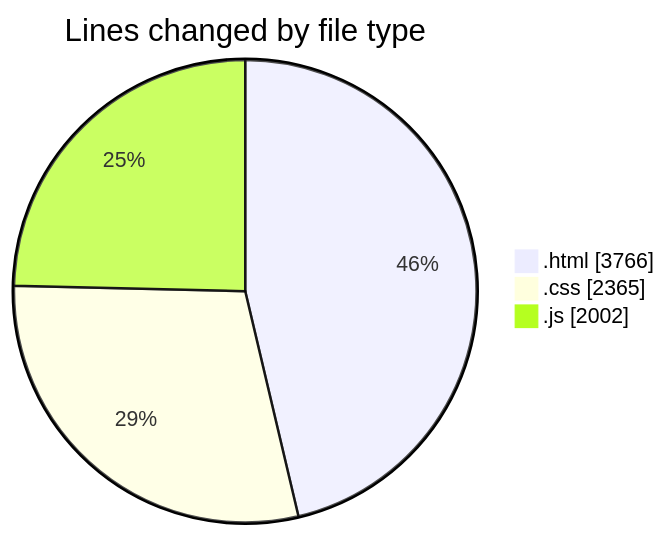
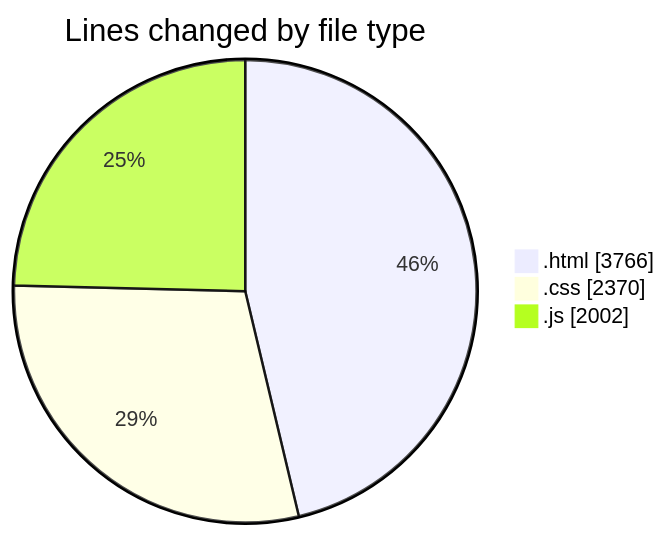
The first of 2 diagrams in 2025-05-24/projects/README.md (Ritupan-Deka/code-tracking), drawn with Mermaid before and after one commit. The commit also changed other lines of this file and 1 other file, not shown here.

````diff
--- a/2025-05-24/projects/README.md
+++ b/2025-05-24/projects/README.md
@@ -25,7 +25,7 @@
 ```mermaid
 pie showData
 title Lines changed by file type
 ".html" : 3766
-".css" : 2365
+".css" : 2370
 ".js" : 2002
 ```
````
